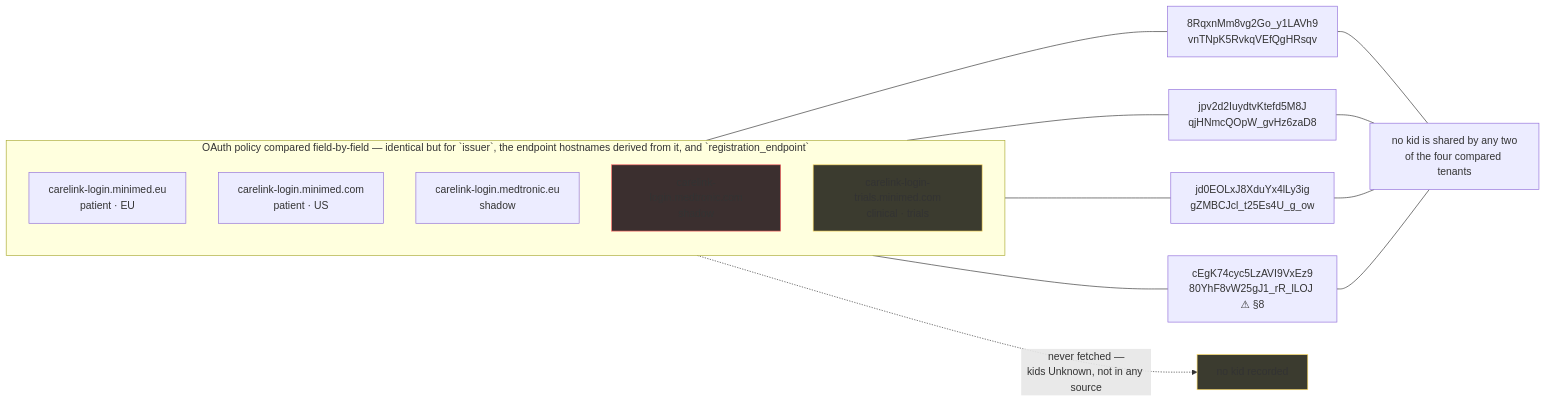
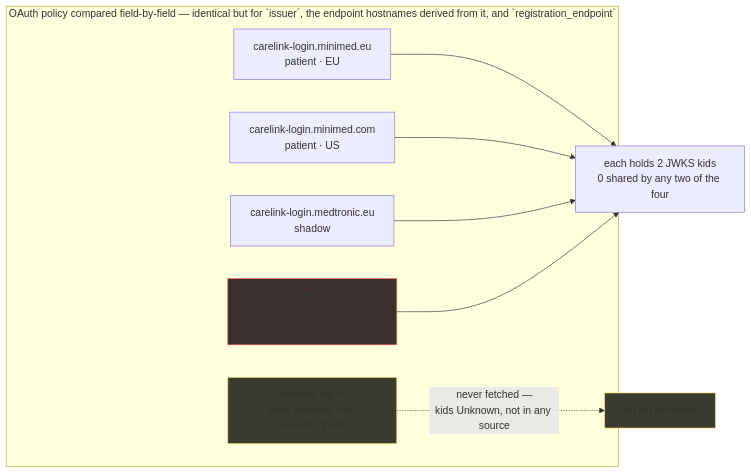
Before and after one commit to NovaLux12/carelink-api-research: the first of 2 diagrams in docs/02-auth-tenants-and-flows.md, drawn with Mermaid. The commit also changed other lines of this file and 6 other files, not shown here.

````diff
--- a/docs/02-auth-tenants-and-flows.md
+++ b/docs/02-auth-tenants-and-flows.md
@@ -38,23 +38,19 @@
 ```mermaid
 flowchart LR
     subgraph POL["OAuth policy compared field-by-field — identical but for `issuer`, the endpoint hostnames derived from it, and `registration_endpoint`"]
-        direction TB
         A["carelink-login.minimed.eu<br/>patient · EU"]
         B["carelink-login.minimed.com<br/>patient · US"]
         C["carelink-login.medtronic.eu<br/>shadow"]
         D["carelink-login.medtronic.com<br/>shadow"]
         E["carelink-login-trials.minimed.com<br/>clinical · trials"]
     end
-    A --- KA["8RqxnMm8vg2Go_y1LAVh9<br/>vnTNpK5RvkqVEfQgHRsqv"]
-    B --- KB["jpv2d2IuydtvKtefd5M8J<br/>qjHNmcQOpW_gvHz6zaD8"]
-    C --- KC["jd0EOLxJ8XduYx4lLy3ig<br/>gZMBCJcl_t25Es4U_g_ow"]
-    D --- KD["cEgK74cyc5LzAVI9VxEz9<br/>80YhF8vW25gJ1_rR_lLOJ ⚠ §8"]
+    A --> Z
+    B --> Z
+    C --> Z
+    D --> Z
+    Z["each holds 2 JWKS kids<br/>0 shared by any two of the four"]
     E -. "never fetched —<br/>kids Unknown, not in any source" .-> KE["no kid recorded"]
-    KA --- Z["no kid is shared by any two<br/>of the four compared tenants"]
-    KB --- Z
-    KC --- Z
-    KD --- Z
     style D fill:#3b2f2f,stroke:#f66
     style E fill:#3b3b2f,stroke:#fd6
     style KE fill:#3b3b2f,stroke:#fd6
 ```
````
